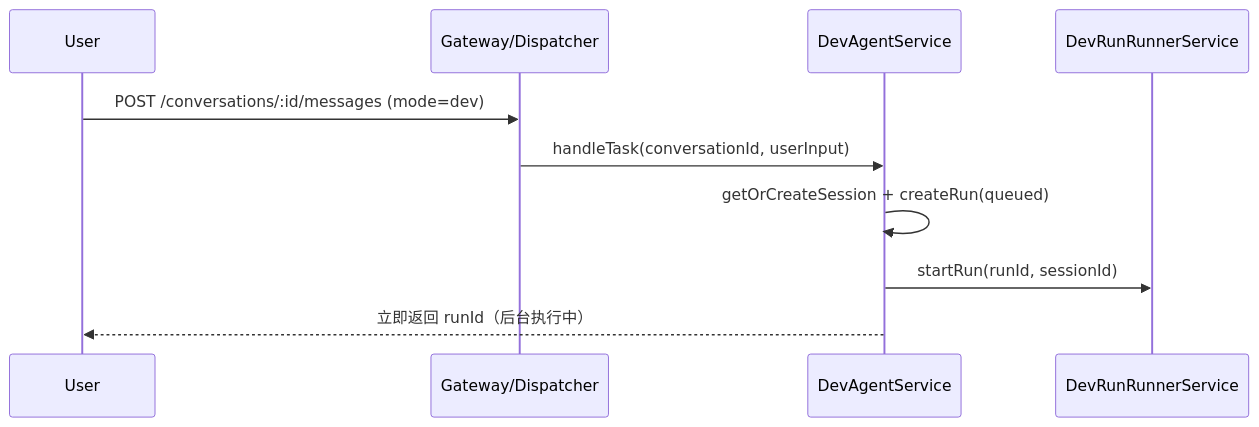
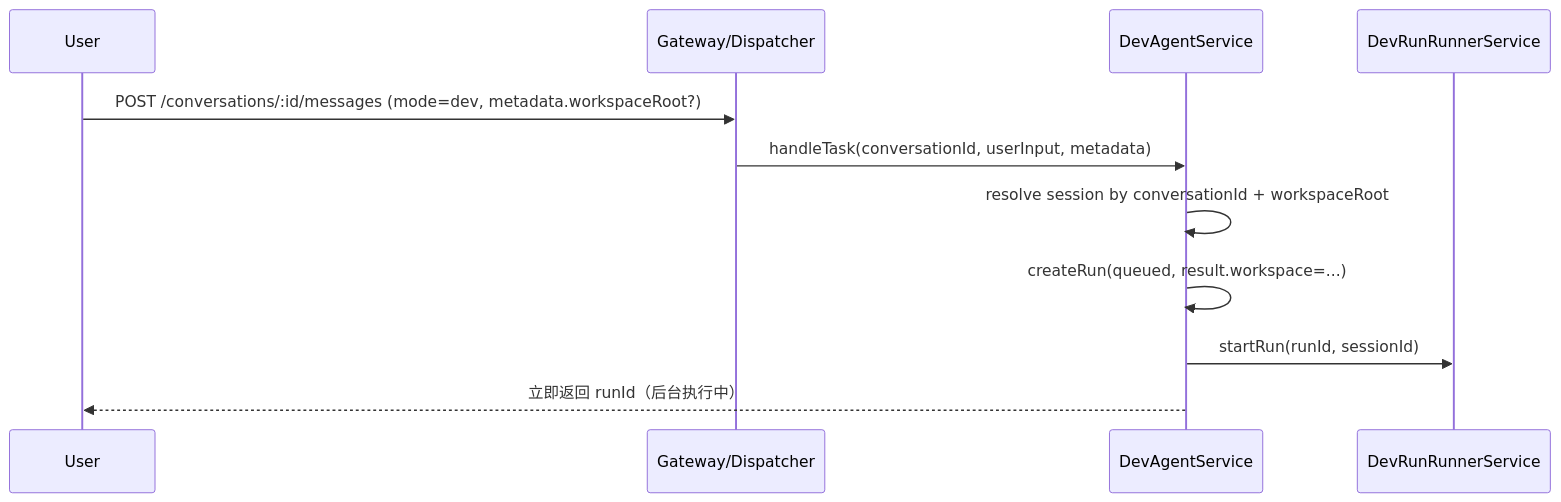
Before and after one commit to xuhailin/xiaoqing: the second of 3 diagrams in docs/dev-agent-architecture.md, drawn with Mermaid. The commit also changed other lines of this file and 22 other files, not shown here.

Commit message:
feat: support workspace-scoped dev-agent runs

````diff
--- a/docs/dev-agent-architecture.md
+++ b/docs/dev-agent-architecture.md
@@ -233,13 +257,14 @@
 ```mermaid
 sequenceDiagram
   participant U as User
   participant G as Gateway/Dispatcher
   participant S as DevAgentService
   participant Q as DevRunRunnerService
 
-  U->>G: POST /conversations/:id/messages (mode=dev)
-  G->>S: handleTask(conversationId, userInput)
-  S->>S: getOrCreateSession + createRun(queued)
+  U->>G: POST /conversations/:id/messages (mode=dev, metadata.workspaceRoot?)
+  G->>S: handleTask(conversationId, userInput, metadata)
+  S->>S: resolve session by conversationId + workspaceRoot
+  S->>S: createRun(queued, result.workspace=...)
   S->>Q: startRun(runId, sessionId)
   S-->>U: 立即返回 runId（后台执行中）
 ```
````
